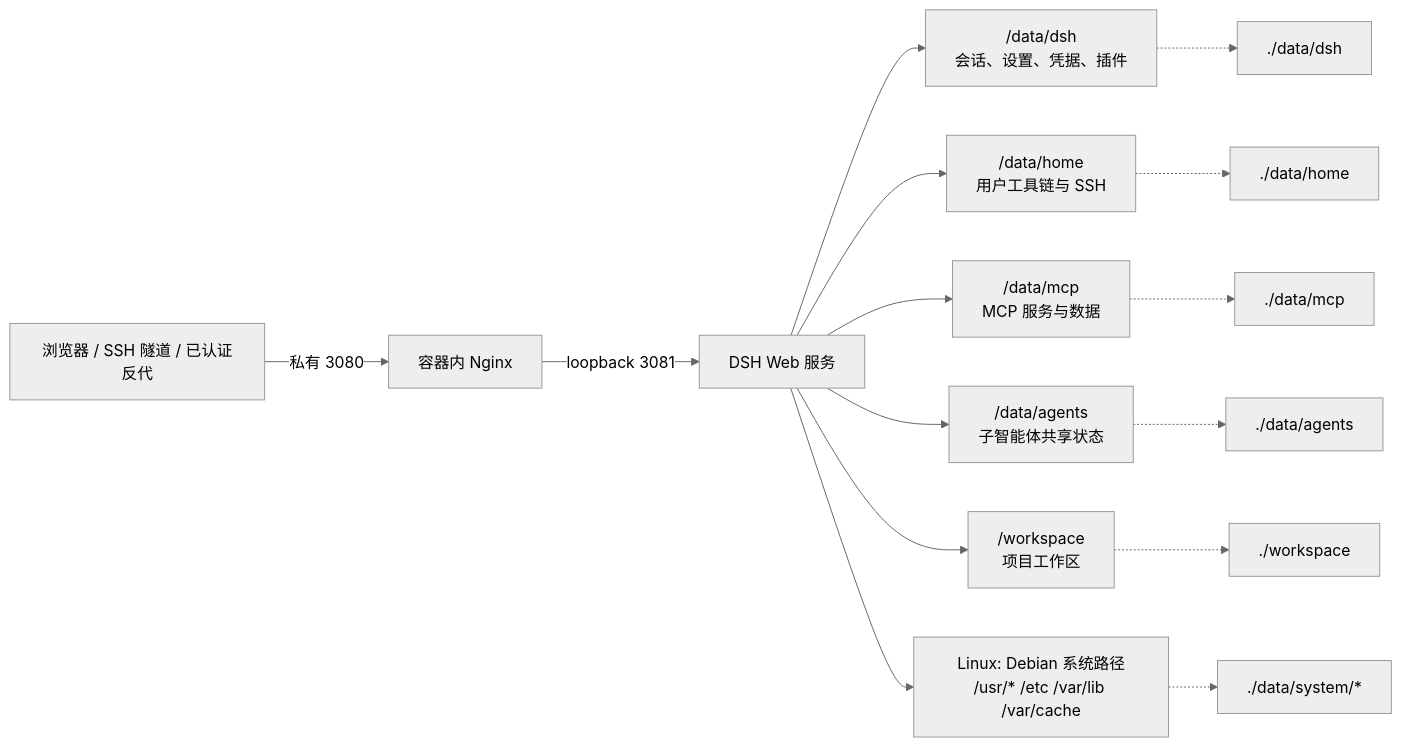
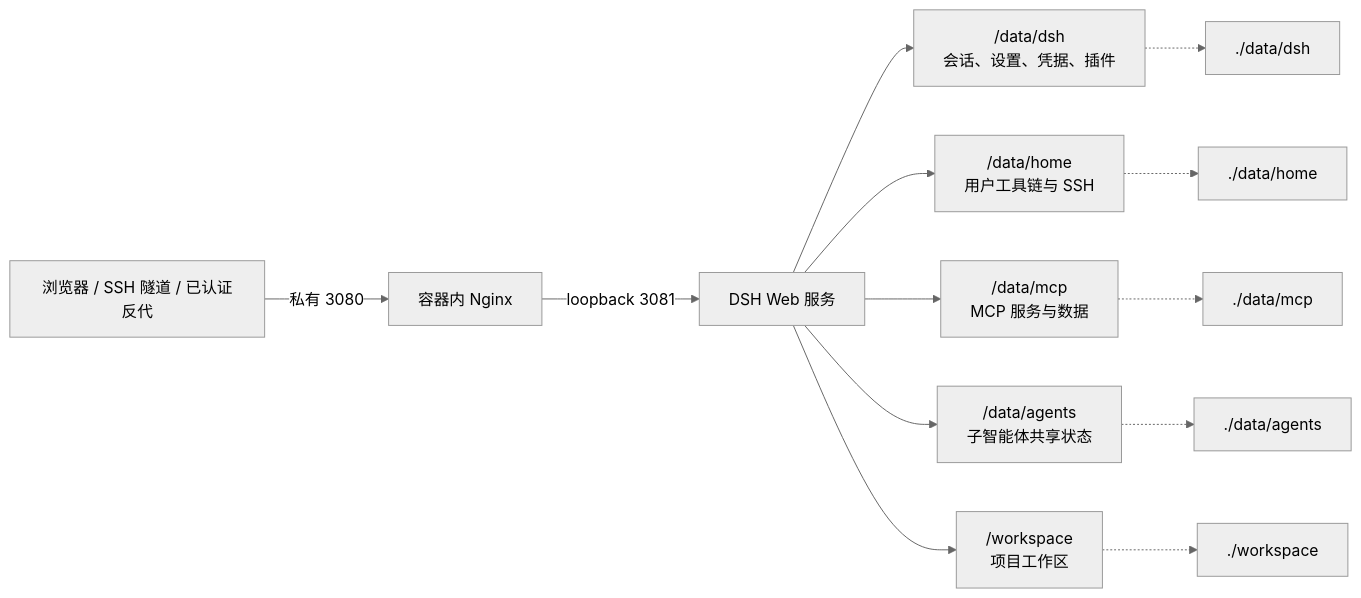
The diagram in README.md (univers629/dsh-docker), drawn with Mermaid (neutral theme) before and after one commit. The commit also changed other lines of this file and 24 other files, not shown here.

````diff
--- a/README.md
+++ b/README.md
@@ -88,17 +80,15 @@
 ```mermaid
 flowchart LR
     Client["浏览器 / SSH 隧道 / 已认证反代"] -->|私有 3080| Proxy["容器内 Nginx"]
     Proxy -->|loopback 3081| DSH["DSH Web 服务"]
     DSH --> Sessions["/data/dsh<br/>会话、设置、凭据、插件"]
     DSH --> Home["/data/home<br/>用户工具链与 SSH"]
     DSH --> MCP["/data/mcp<br/>MCP 服务与数据"]
     DSH --> Agents["/data/agents<br/>子智能体共享状态"]
     DSH --> Workspace["/workspace<br/>项目工作区"]
-    DSH --> System["Linux: Debian 系统路径<br/>/usr/* /etc /var/lib /var/cache"]
     Sessions -.-> H1["./data/dsh"]
     Home -.-> H2["./data/home"]
     MCP -.-> H3["./data/mcp"]
     Agents -.-> H4["./data/agents"]
     Workspace -.-> H5["./workspace"]
-    System -.-> H6["./data/system/*"]
 ```
````
